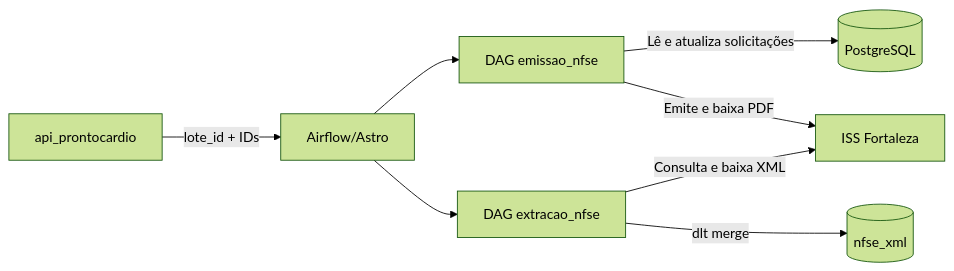
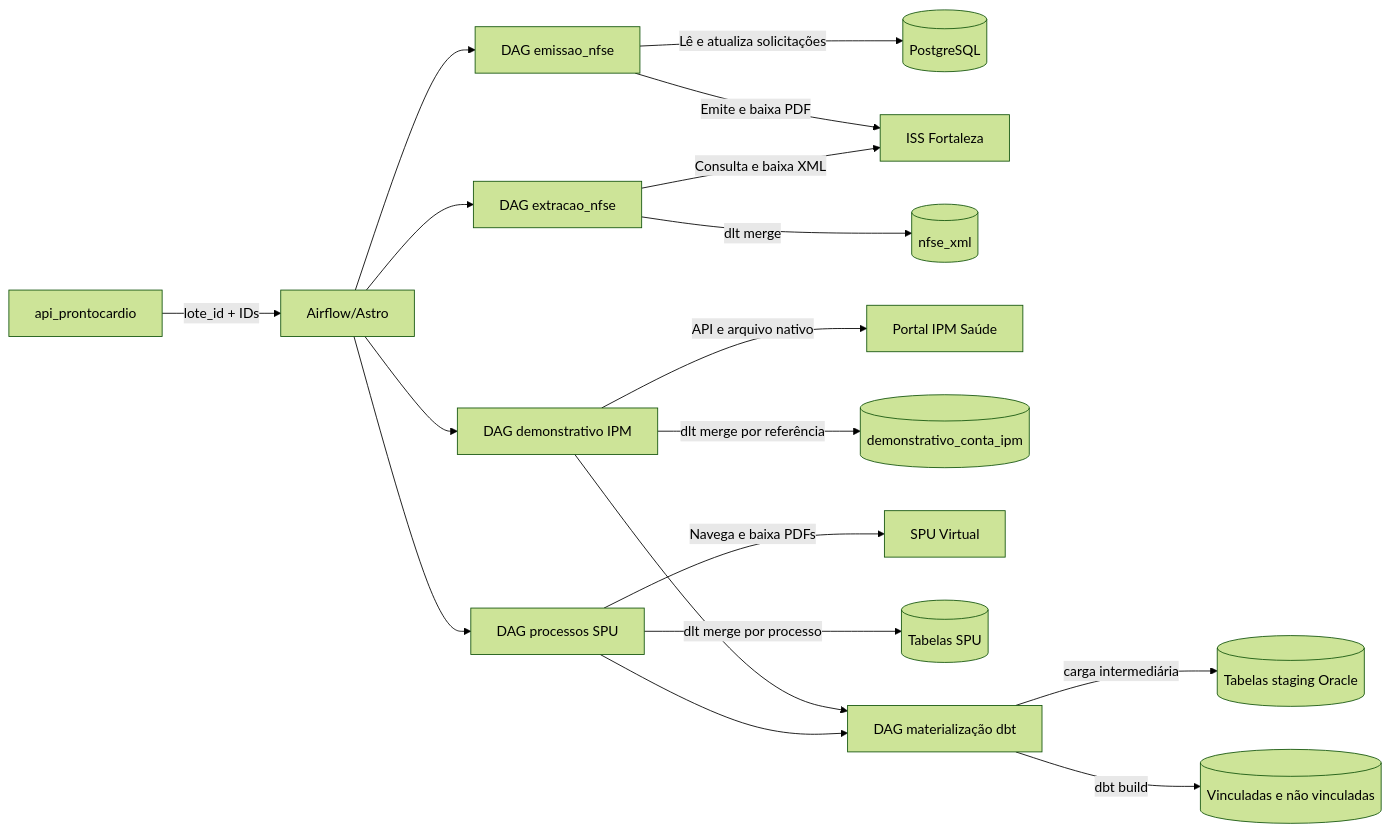
The first of 3 diagrams in README.md (AmorimEureka/PRJ_SCRAPING_ISS_FORTALEZA), drawn with Mermaid (forest theme) before and after one commit. The commit also changed other lines of this file and 39 other files, not shown here.

Commit message:
feat(ipm): automatiza extração e materialização de glosas

````diff
--- a/README.md
+++ b/README.md
@@ -27,10 +34,20 @@
 ```mermaid
 flowchart LR
     API[api_prontocardio] -->|lote_id + IDs| AIRFLOW[Airflow/Astro]
     AIRFLOW --> EMISSAO[DAG emissao_nfse]
     AIRFLOW --> EXTRACAO[DAG extracao_nfse]
+    AIRFLOW --> IPM_DAG[DAG demonstrativo IPM]
+    AIRFLOW --> SPU_DAG[DAG processos SPU]
     EMISSAO -->|Lê e atualiza solicitações| PG[(PostgreSQL)]
     EMISSAO -->|Emite e baixa PDF| ISS[ISS Fortaleza]
     EXTRACAO -->|Consulta e baixa XML| ISS
     EXTRACAO -->|dlt merge| NFSE[(nfse_xml)]
+    IPM_DAG -->|API e arquivo nativo| IPM[Portal IPM Saúde]
+    IPM_DAG -->|dlt merge por referência| IPM_TABLE[(demonstrativo_conta_ipm)]
+    SPU_DAG -->|Navega e baixa PDFs| SPU[SPU Virtual]
+    SPU_DAG -->|dlt merge por processo| SPU_TABLES[(Tabelas SPU)]
+    IPM_DAG --> DBT_DAG[DAG materialização dbt]
+    SPU_DAG --> DBT_DAG
+    DBT_DAG -->|carga intermediária| STAGE[(Tabelas staging Oracle)]
+    DBT_DAG -->|dbt build| MARTS[(Vinculadas e não vinculadas)]
 ```
````
